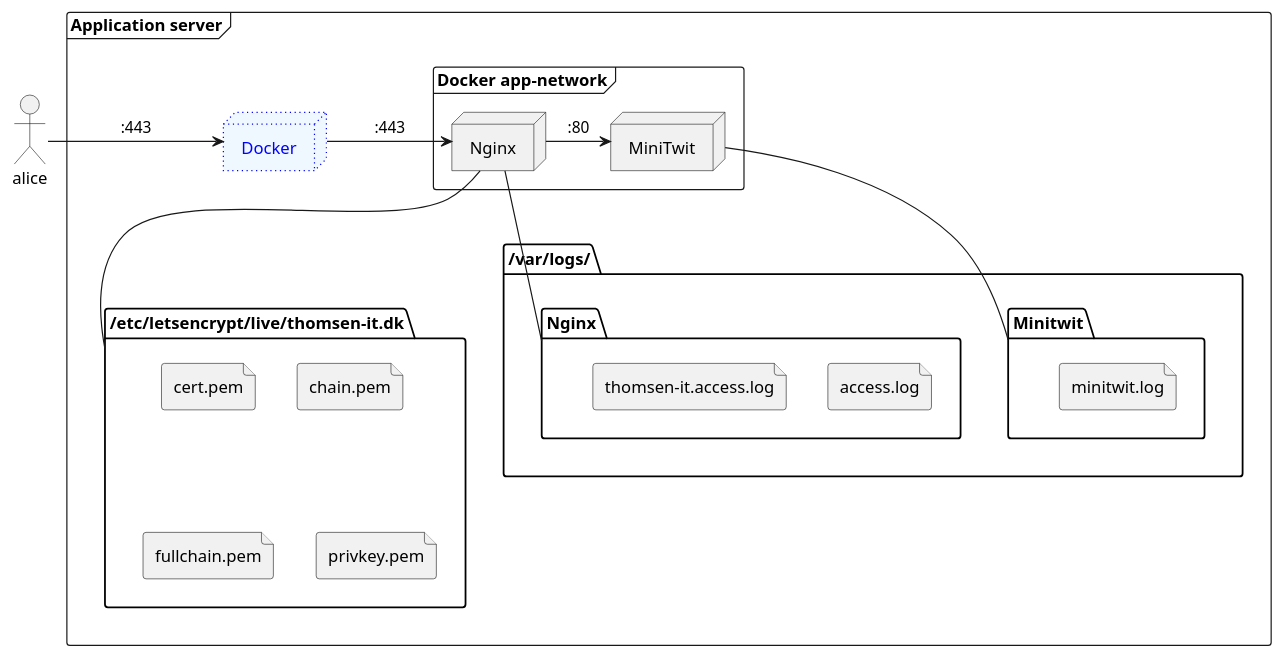
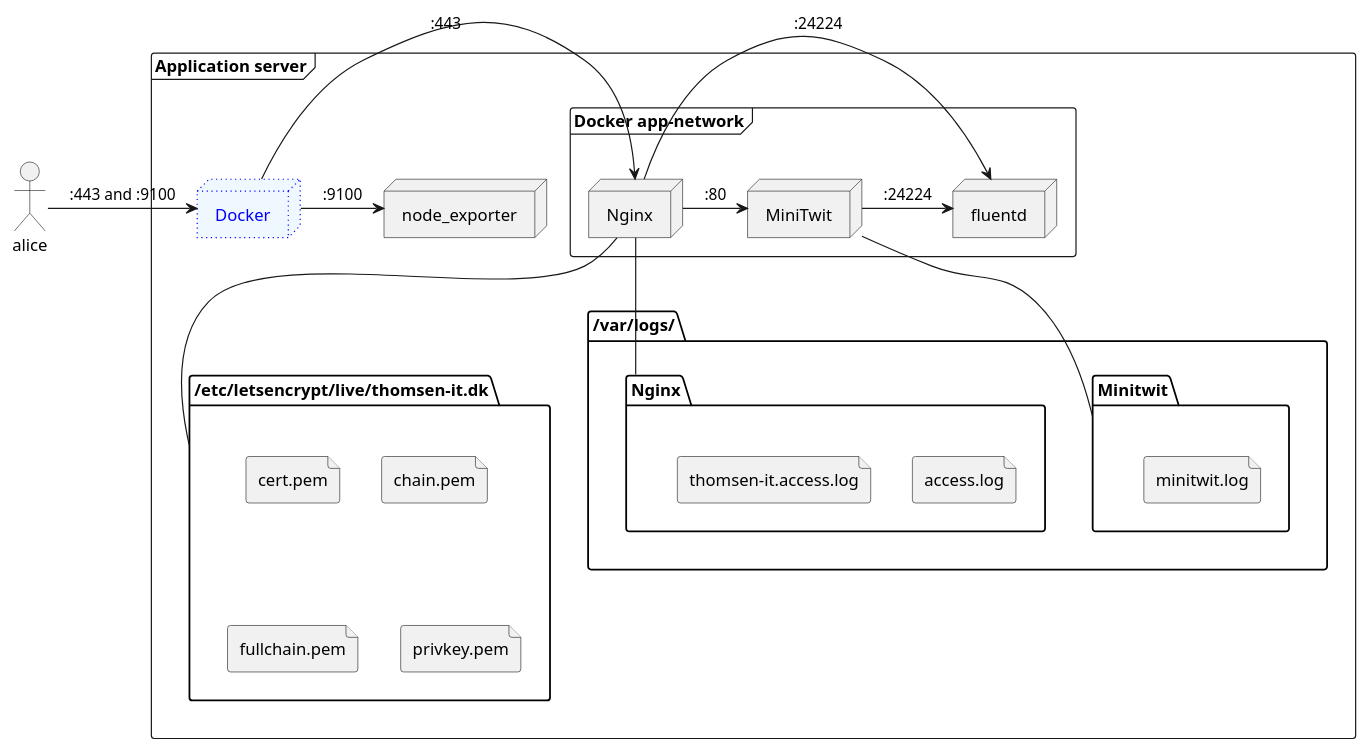
One commit to DevelOpsITU/ServerDeployment changed the diagram in Diagrams/ApplicationServer/deployment.iuml. Above: the diagram before and after it, drawn with PlantUML. The commit also changed 13 other files, not shown here.

First line of the commit message:
Add node_exporter and more diagrams

```diff
--- a/Diagrams/ApplicationServer/deployment.iuml
+++ b/Diagrams/ApplicationServer/deployment.iuml
@@ -1,35 +1,49 @@
 @startuml deployment
 actor alice as a
+/'cloud MonitorServer as MS '/
 frame "Application server" {
 
-  node  Docker #aliceblue;line:blue;line.dotted;text:blue
+  node node_exporter
+
+  node Docker #aliceblue;line:blue;line.dotted;text:blue
+
   frame "Docker app-network" {
     node Nginx
+    node fluentd /' Not really in the network, but makes the drawing nicer '/
     node MiniTwit
   }
 
   folder "/etc/letsencrypt/live/thomsen-it.dk" as certs {
     file "cert.pem"
     file "chain.pem"
     file "fullchain.pem"
     file "privkey.pem"
   }
 
   folder "/var/logs/" as logs {
     folder "Nginx" as NginxLog {
       file "access.log"
       file "thomsen-it.access.log"
     }
     folder "Minitwit" as miniTwitLogs {
       file "minitwit.log" 
     }
   }
 
-a -> Docker : ":443"
+a -> Docker : ":443 and :9100"
+
 Docker-> Nginx : ":443"
+Docker-> node_exporter : ":9100"
 Nginx -> MiniTwit: ":80"
+
+MiniTwit -> fluentd: ":24224"
+Nginx -> fluentd: ":24224"
+
+/'MS -> Docker : ":9100" 
+fluentd -> MS'/
+
 Nginx -- certs
 Nginx -- NginxLog
 MiniTwit -- miniTwitLogs
 }
 @enduml
```
